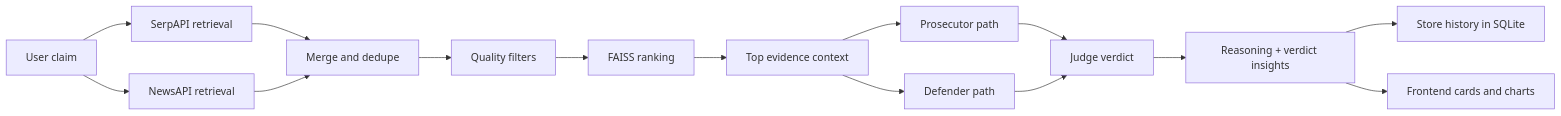
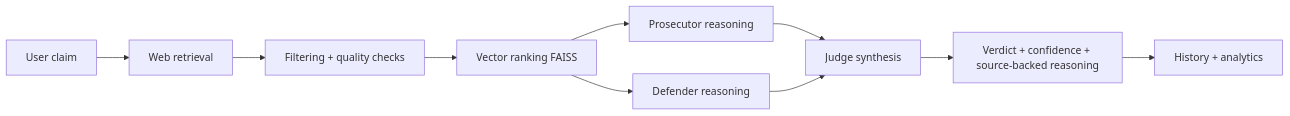
The first of 2 diagrams in README.md (Sandarsh18/VeritasAI), drawn with Mermaid before and after one commit. The commit also changed other lines of this file, not shown here.

Commit message:
Enhance README with colorful badges, richer content, and diagrams

````diff
--- a/README.md
+++ b/README.md
@@ -44,17 +73,12 @@
 ```mermaid
 flowchart LR
-    A[User claim] --> B[SerpAPI retrieval]
-    A --> C[NewsAPI retrieval]
-    B --> D[Merge and dedupe]
-    C --> D
-    D --> E[Quality filters]
-    E --> F[FAISS ranking]
-    F --> G[Top evidence context]
-    G --> H[Prosecutor path]
-    G --> I[Defender path]
-    H --> J[Judge verdict]
-    I --> J
-    J --> K[Reasoning + verdict insights]
-    K --> L[Store history in SQLite]
-    K --> M[Frontend cards and charts]
+    U[User claim] --> R[Web retrieval]
+    R --> F[Filtering + quality checks]
+    F --> V[Vector ranking FAISS]
+    V --> P[Prosecutor reasoning]
+    V --> D[Defender reasoning]
+    P --> J[Judge synthesis]
+    D --> J
+    J --> O[Verdict + confidence + source-backed reasoning]
+    O --> H[History + analytics]
 ```
````
